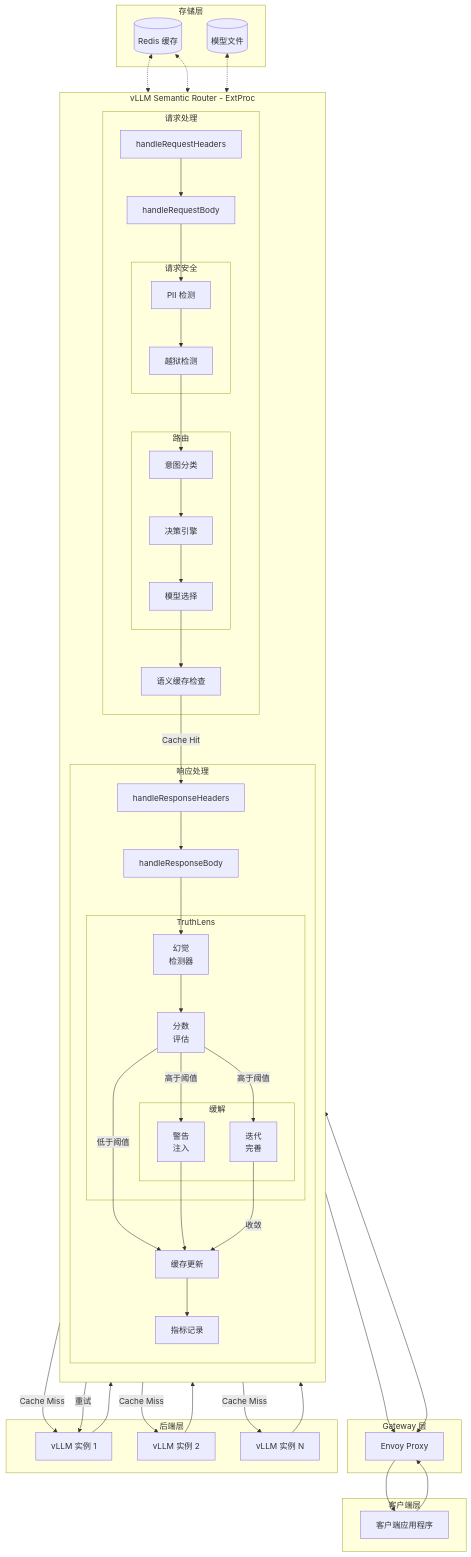
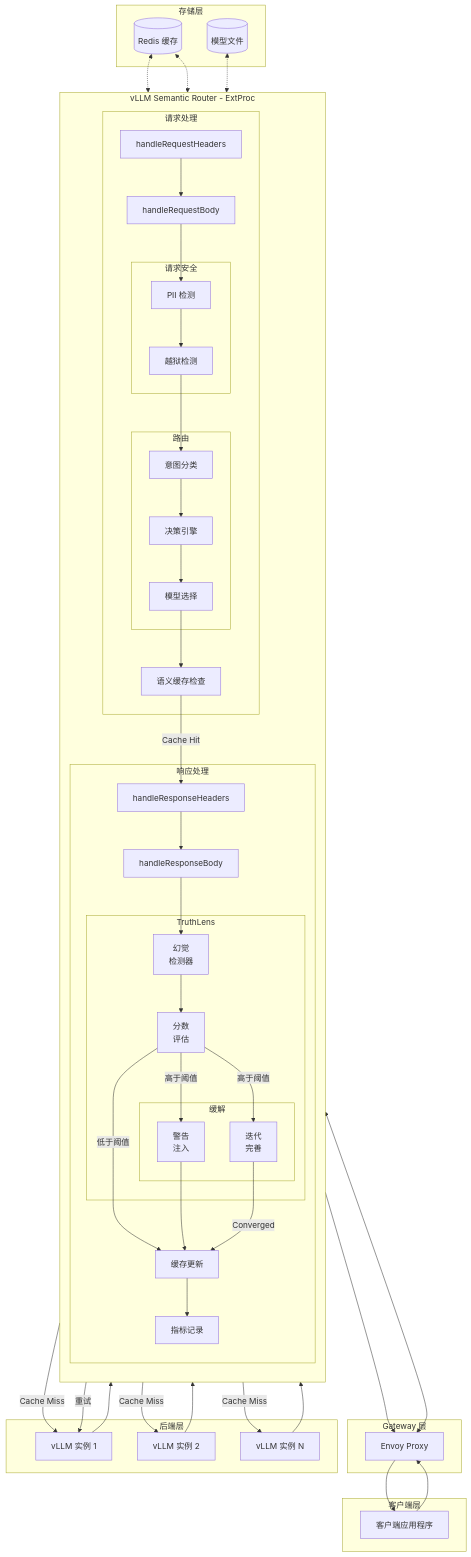
Diagram 14 of 14 in website/i18n/zh-Hans/docusaurus-plugin-content-docs/current/proposals/hallucination-mitigation-milestone.md (vllm-project/semantic-router), drawn with Mermaid before and after one commit. The commit also changed other lines of this file and 1 other file, not shown here.

```diff
--- a/website/i18n/zh-Hans/docusaurus-plugin-content-docs/current/proposals/hallucination-mitigation-milestone.md
+++ b/website/i18n/zh-Hans/docusaurus-plugin-content-docs/current/proposals/hallucination-mitigation-milestone.md
@@ -863,7 +1361,7 @@
 
     WARN --> CACHE_UPD
     REFINE -->|重试| VLLM1
-    REFINE -->|收敛| CACHE_UPD
+    REFINE -->|Converged| CACHE_UPD
 
     CACHE_UPD --> METRICS
     METRICS --> ENVOY
```
